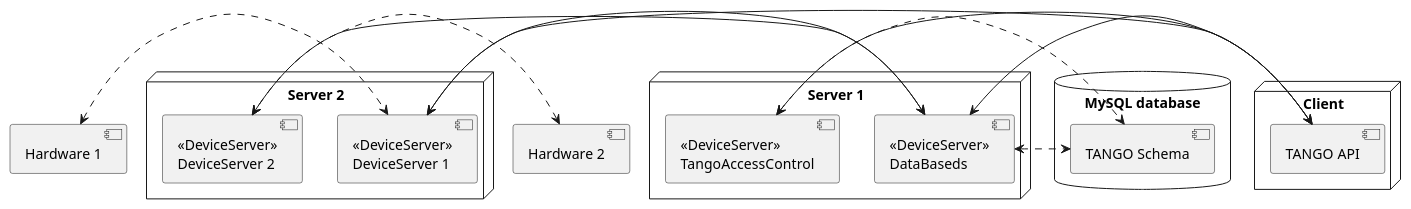
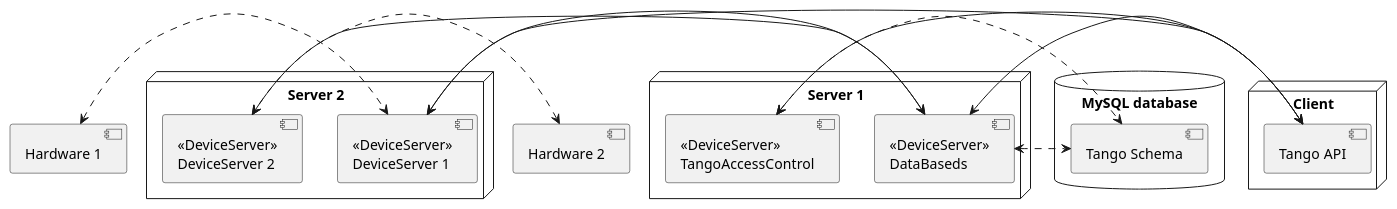
One commit to mliszcz/msc-thesis changed the diagram in papers/case-study/figures/uml-source/01-tango-architecture.pu. Above: the diagram before and after it, drawn with PlantUML. The commit also changed 4 other files, not shown here.

```diff
--- a/papers/case-study/figures/uml-source/01-tango-architecture.pu
+++ b/papers/case-study/figures/uml-source/01-tango-architecture.pu
@@ -1,37 +1,37 @@
 @startuml
 
 node "Server 1" {
   component "<<DeviceServer>>\nDataBaseds" as DBDS
   component "<<DeviceServer>>\nTangoAccessControl" as TAC
 }
 
 node "Server 2" {
   component "<<DeviceServer>>\nDeviceServer 1" as DS1
   component "<<DeviceServer>>\nDeviceServer 2" as DS2
 }
 
 database "MySQL database" {
-  component "TANGO Schema" as DB
+  component "Tango Schema" as DB
 }
 
 node "Client" {
-  component "TANGO API" as DP
+  component "Tango API" as DP
 }
 
 component "Hardware 1" as HW1
 component "Hardware 2" as HW2
 
 HW1 <.> DS1
 HW2 <.> DS2
 
 DS1 <-> DBDS
 DS2 <-> DBDS
 
 DBDS <.> DB
 TAC  <.> DB
 
 DP <-> DBDS
 DP <-> TAC
 DP <-> DS1
 
 @enduml
```
